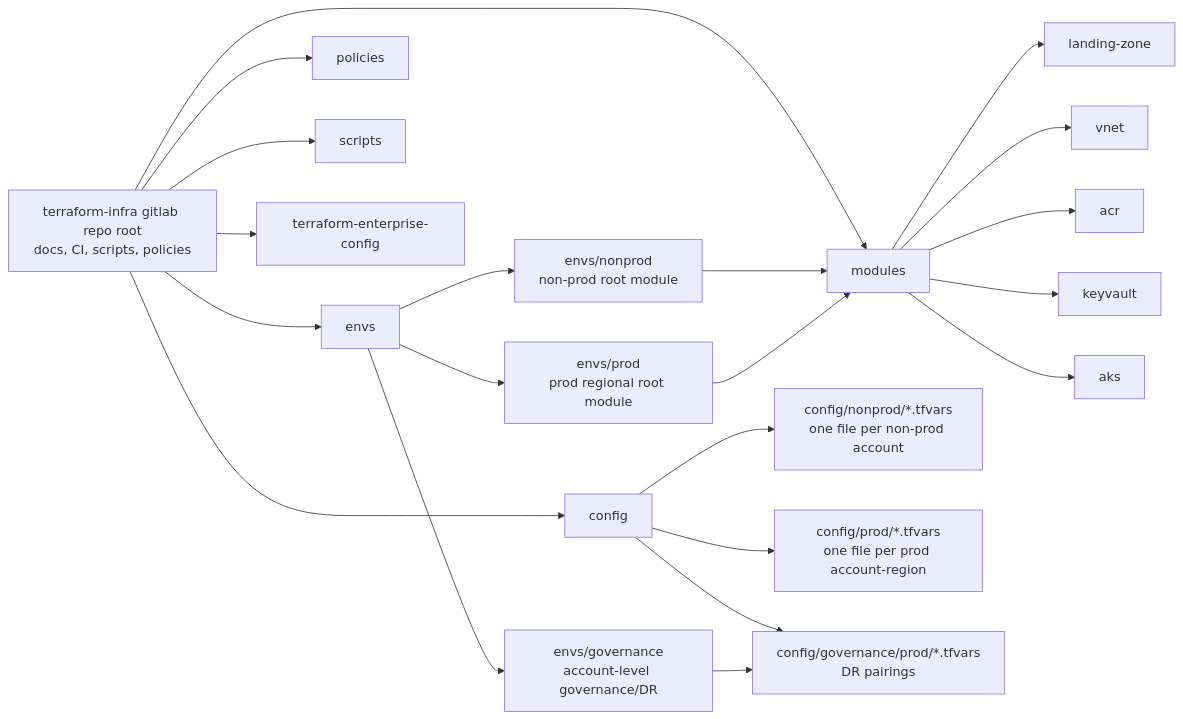
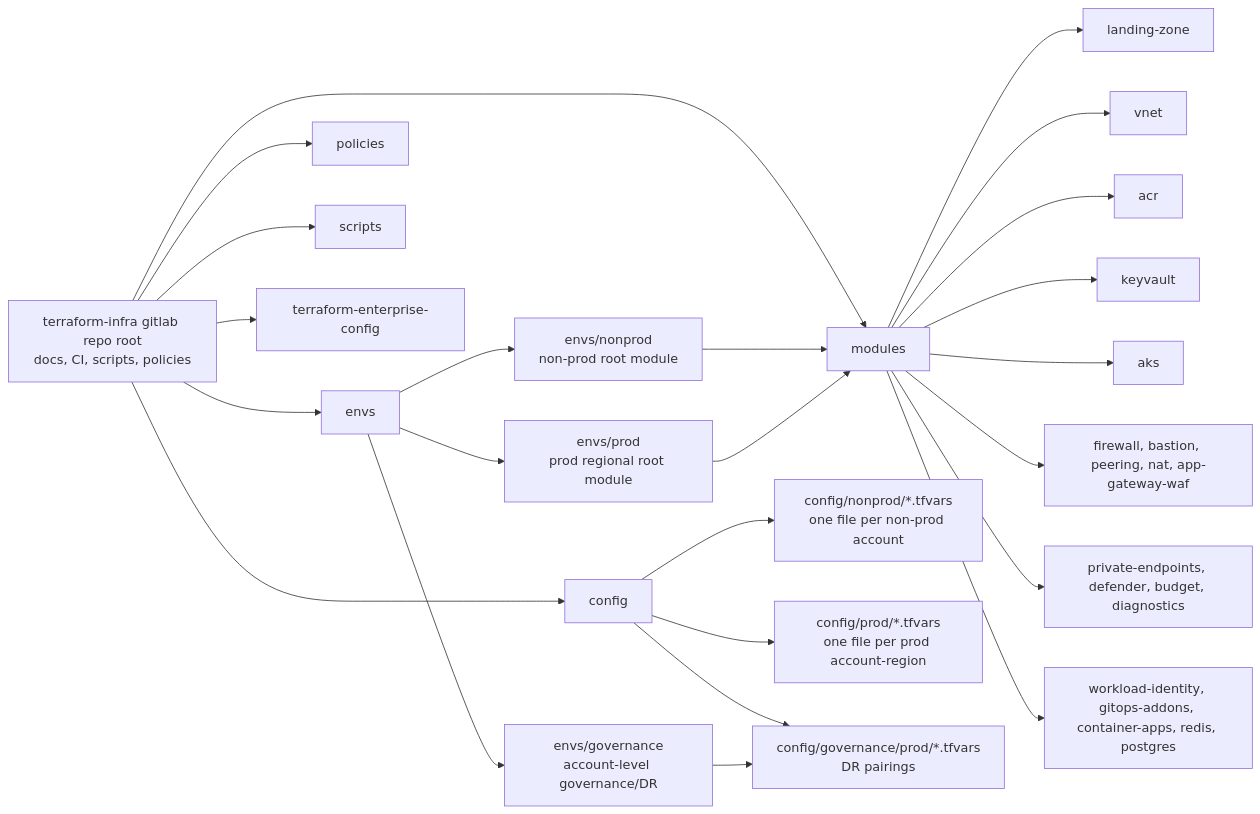
One commit to SagarDevExpo/terraform-infra changed the second of 4 diagrams in ARCHITECTURE.md. Above: the diagram before and after it, drawn with Mermaid. The commit also changed other lines of this file and 60 other files, not shown here.

Commit message:
Add enterprise Azure platform modules

````diff
--- a/ARCHITECTURE.md
+++ b/ARCHITECTURE.md
@@ -33,27 +33,30 @@
 ```mermaid
 flowchart LR
   Root[terraform-infra gitlab repo root<br/>docs, CI, scripts, policies] --> Envs[envs]
   Root --> Config[config]
   Root --> Modules[modules]
   Root --> Policies[policies]
   Root --> Scripts[scripts]
   Root --> TFEConfig[terraform-enterprise-config]
 
   Envs --> Nonprod[envs/nonprod<br/>non-prod root module]
   Envs --> Prod[envs/prod<br/>prod regional root module]
   Envs --> Governance[envs/governance<br/>account-level governance/DR]
 
   Config --> NPConfig[config/nonprod/*.tfvars<br/>one file per non-prod account]
   Config --> ProdConfig[config/prod/*.tfvars<br/>one file per prod account-region]
   Config --> GovConfig[config/governance/prod/*.tfvars<br/>DR pairings]
 
   Modules --> LZ[landing-zone]
   Modules --> VNet[vnet]
   Modules --> ACR[acr]
   Modules --> KV[keyvault]
   Modules --> AKS[aks]
+  Modules --> NetSec[firewall, bastion, peering, nat, app-gateway-waf]
+  Modules --> Platform[private-endpoints, defender, budget, diagnostics]
+  Modules --> Workloads[workload-identity, gitops-addons, container-apps, redis, postgres]
 
   Nonprod --> Modules
   Prod --> Modules
   Governance --> GovConfig
 ```
````
